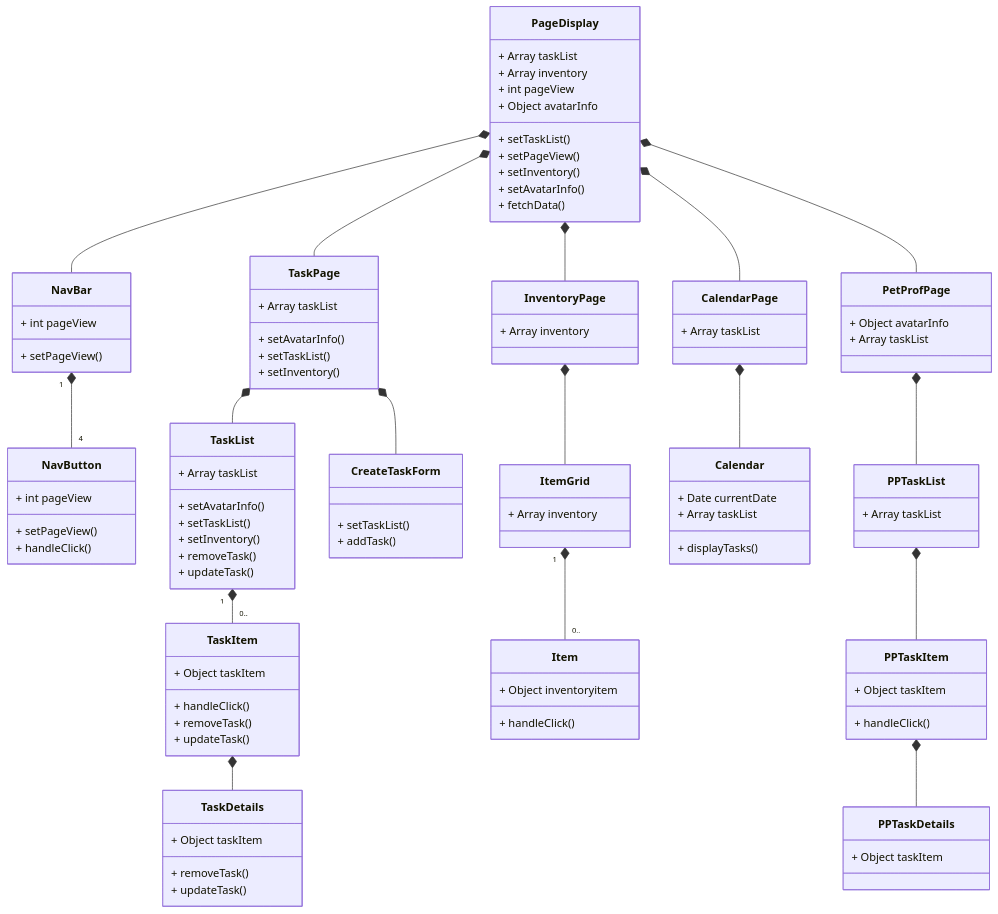
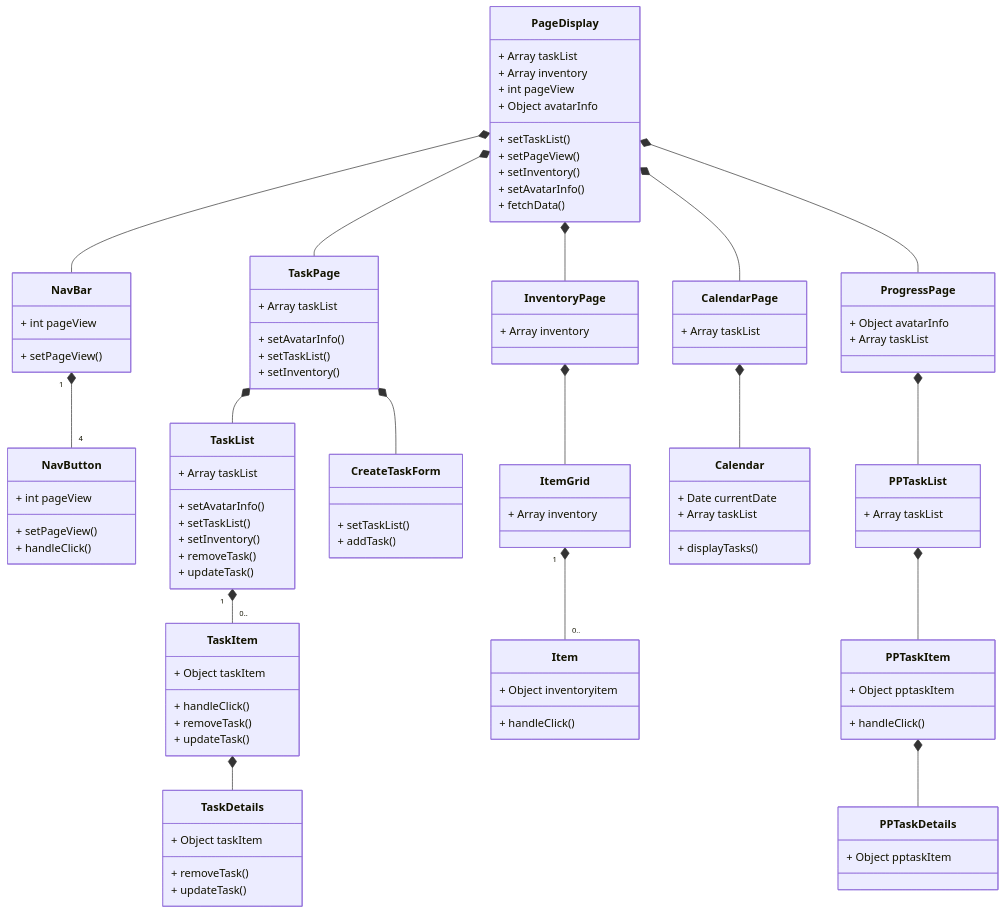
The third of 5 diagrams in documentation/docs/system-architecture/class-diagrams.md (Capstone-Projects-2023-Spring/project-virtual-pet), drawn with Mermaid before and after one commit. The commit also changed other lines of this file and 1 other file, not shown here.

Commit message:
class doc and class diagram updates

````diff
--- a/documentation/docs/system-architecture/class-diagrams.md
+++ b/documentation/docs/system-architecture/class-diagrams.md
@@ -293,7 +293,7 @@
     PageDisplay *-- TaskPage
     PageDisplay *-- CalendarPage
     PageDisplay *-- InventoryPage
-    PageDisplay *-- PetProfPage
+    PageDisplay *-- ProgressPage
 
     NavBar "1" *-- "4" NavButton
 
@@ -308,7 +308,7 @@
 
     CalendarPage *-- Calendar
 
-    PetProfPage *-- PPTaskList
+    ProgressPage *-- PPTaskList
     PPTaskList *-- PPTaskItem
     PPTaskItem *-- PPTaskDetails
 
@@ -389,7 +389,7 @@
 
     }
 
-    class PetProfPage {
+    class ProgressPage {
         + Object avatarInfo
         + Array taskList 
     }
@@ -398,12 +398,12 @@
     }
 
     class PPTaskItem {
-        + Object taskItem
+        + Object pptaskItem
         + handleClick()
     }
 
     class PPTaskDetails {
-        + Object taskItem 
+        + Object pptaskItem 
     }
 
 ```
````
